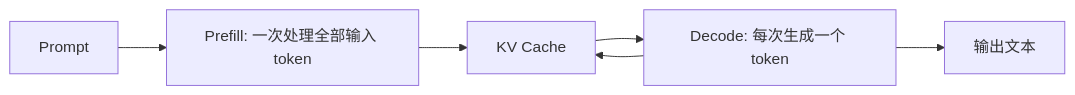
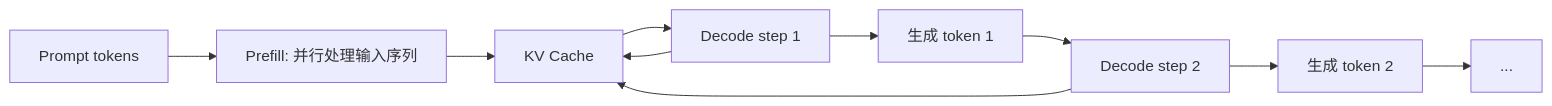
One commit to skyswordw/edge-ai-deployment-course changed the second of 3 diagrams in docs/transformer-llm-basics.md. Above: the diagram before and after it, drawn with Mermaid. The commit also changed other lines of this file and 29 other files, not shown here.

````diff
--- a/docs/transformer-llm-basics.md
+++ b/docs/transformer-llm-basics.md
@@ -31,8 +56,12 @@
 ```mermaid
 flowchart LR
-  A[Prompt] --> B[Prefill: 一次处理全部输入 token]
-  B --> C[KV Cache]
-  C --> D[Decode: 每次生成一个 token]
+  A["Prompt tokens"] --> B["Prefill: 并行处理输入序列"]
+  B --> C["KV Cache"]
+  C --> D["Decode step 1"]
+  D --> E["生成 token 1"]
+  E --> F["Decode step 2"]
+  F --> G["生成 token 2"]
+  G --> H["..."]
   D --> C
-  D --> E[输出文本]
+  F --> C
 ```
````
